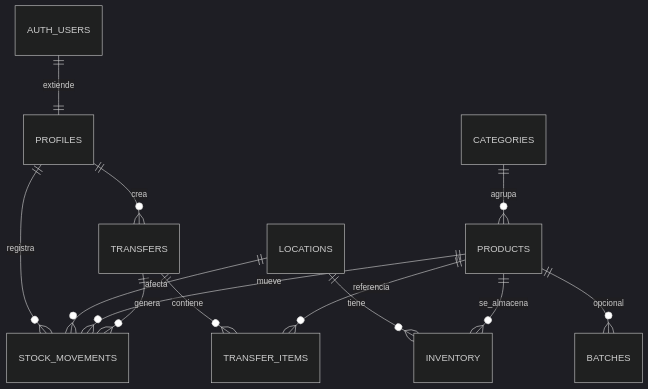
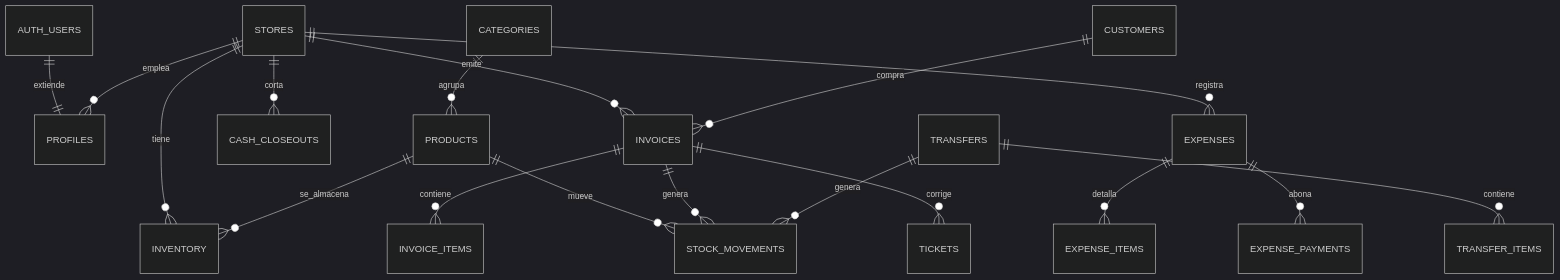
Before and after one commit to KuchenDevOps/Kilker_Inventory: the diagram in docs/MODELO-DATOS.md, drawn with Mermaid (dark theme). The commit also changed other lines of this file and 3 other files, not shown here.

````diff
--- a/docs/MODELO-DATOS.md
+++ b/docs/MODELO-DATOS.md
@@ -115,15 +115,20 @@
 ```mermaid
 erDiagram
     AUTH_USERS ||--|| PROFILES : extiende
-    PROFILES ||--o{ STOCK_MOVEMENTS : registra
-    PROFILES ||--o{ TRANSFERS : crea
-    LOCATIONS ||--o{ INVENTORY : tiene
-    LOCATIONS ||--o{ STOCK_MOVEMENTS : afecta
+    STORES ||--o{ INVENTORY : tiene
+    STORES ||--o{ PROFILES : emplea
+    STORES ||--o{ INVOICES : emite
+    STORES ||--o{ CASH_CLOSEOUTS : corta
+    STORES ||--o{ EXPENSES : registra
+    CATEGORIES ||--o{ PRODUCTS : agrupa
     PRODUCTS ||--o{ INVENTORY : se_almacena
     PRODUCTS ||--o{ STOCK_MOVEMENTS : mueve
-    CATEGORIES ||--o{ PRODUCTS : agrupa
-    PRODUCTS ||--o{ BATCHES : opcional
+    CUSTOMERS ||--o{ INVOICES : compra
+    INVOICES ||--o{ INVOICE_ITEMS : contiene
+    INVOICES ||--o{ STOCK_MOVEMENTS : genera
     TRANSFERS ||--o{ TRANSFER_ITEMS : contiene
-    PRODUCTS ||--o{ TRANSFER_ITEMS : referencia
     TRANSFERS ||--o{ STOCK_MOVEMENTS : genera
+    EXPENSES ||--o{ EXPENSE_ITEMS : detalla
+    EXPENSES ||--o{ EXPENSE_PAYMENTS : abona
+    INVOICES ||--o{ TICKETS : corrige
 ```
````
